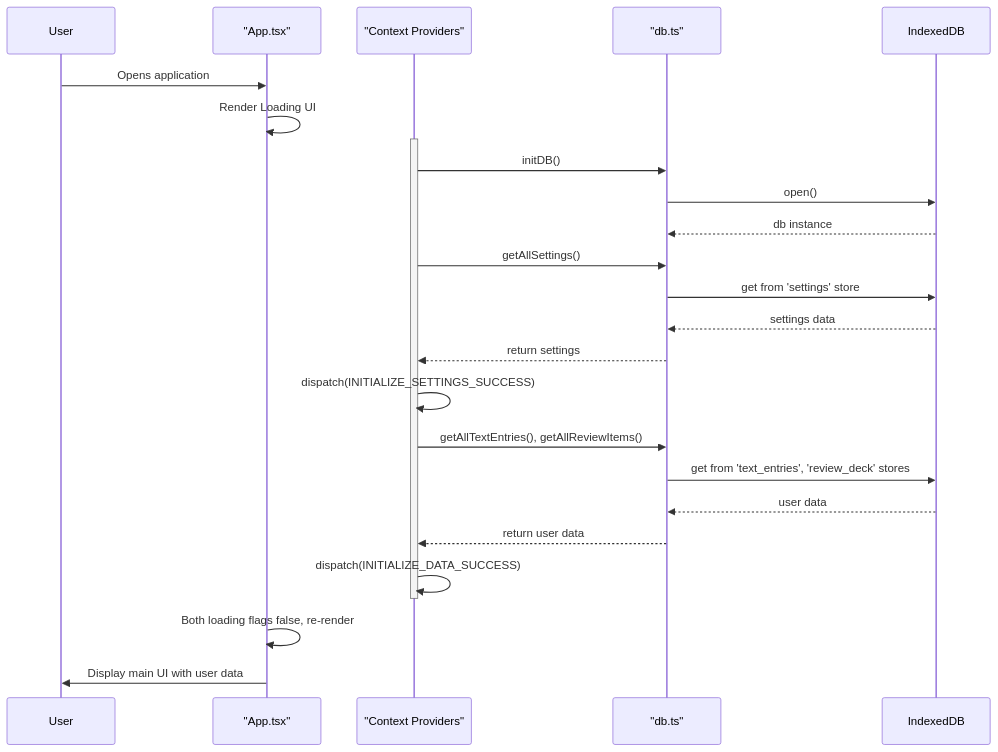
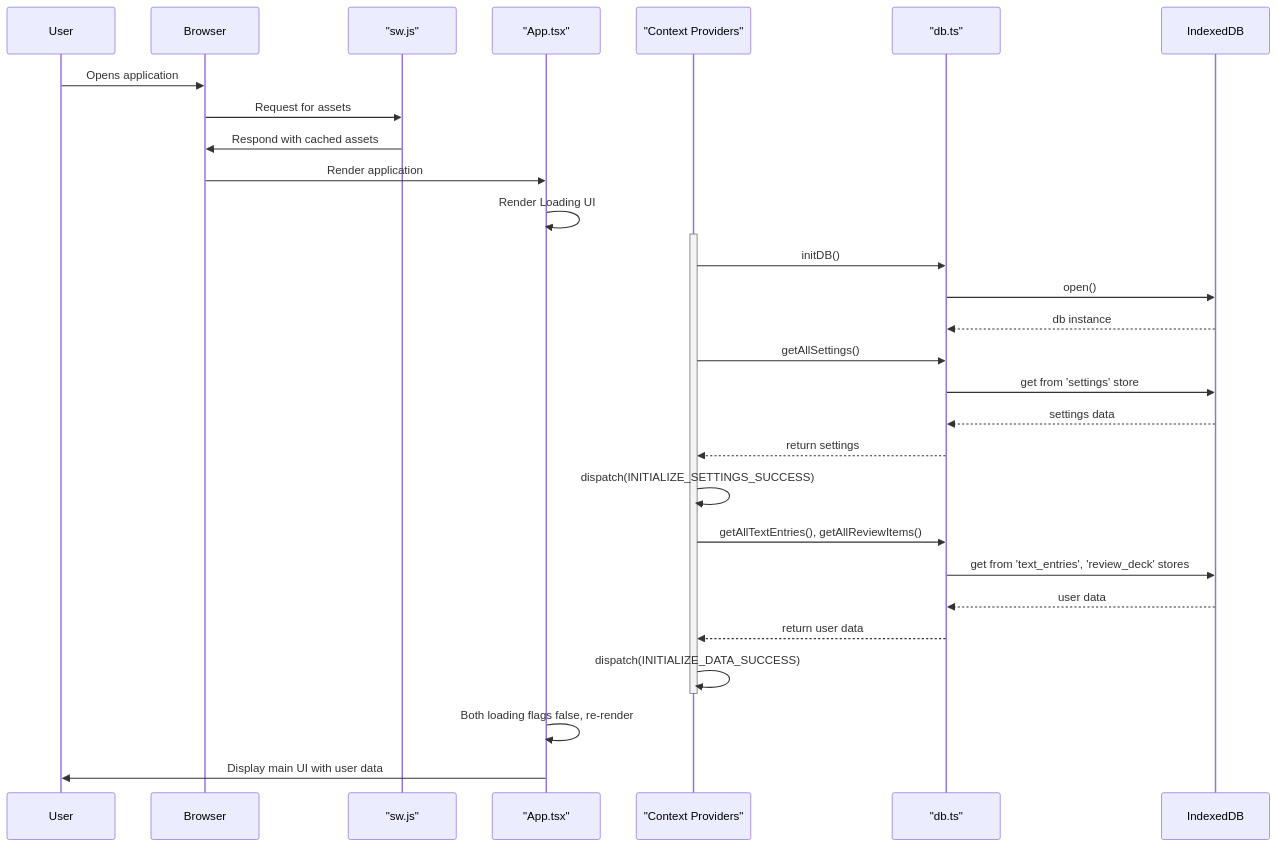
The fourth of 4 diagrams in arc42.md (schmidtseb/japanese-reader), drawn with Mermaid before and after one commit. The commit also changed other lines of this file and 13 other files, not shown here.

````diff
--- a/arc42.md
+++ b/arc42.md
@@ -258,32 +282,37 @@
 ```mermaid
 sequenceDiagram
     participant User
+    participant Browser
+    participant ServiceWorker as "sw.js"
     participant App as "App.tsx"
     participant Providers as "Context Providers"
     participant DB as "db.ts"
     participant IndexedDB
 
-    User->>App: Opens application
+    User->>Browser: Opens application
+    Browser->>ServiceWorker: Request for assets
+    ServiceWorker->>Browser: Respond with cached assets
+    Browser->>App: Render application
     App->>App: Render Loading UI
     
     activate Providers
     Providers->>DB: initDB()
     DB->>IndexedDB: open()
     IndexedDB-->>DB: db instance
     
     Providers->>DB: getAllSettings()
     DB->>IndexedDB: get from 'settings' store
     IndexedDB-->>DB: settings data
     DB-->>Providers: return settings
     Providers->>Providers: dispatch(INITIALIZE_SETTINGS_SUCCESS)
     
     Providers->>DB: getAllTextEntries(), getAllReviewItems()
     DB->>IndexedDB: get from 'text_entries', 'review_deck' stores
     IndexedDB-->>DB: user data
     DB-->>Providers: return user data
     Providers->>Providers: dispatch(INITIALIZE_DATA_SUCCESS)
     deactivate Providers
     
     App->>App: Both loading flags false, re-render
     App->>User: Display main UI with user data
 ```
````
